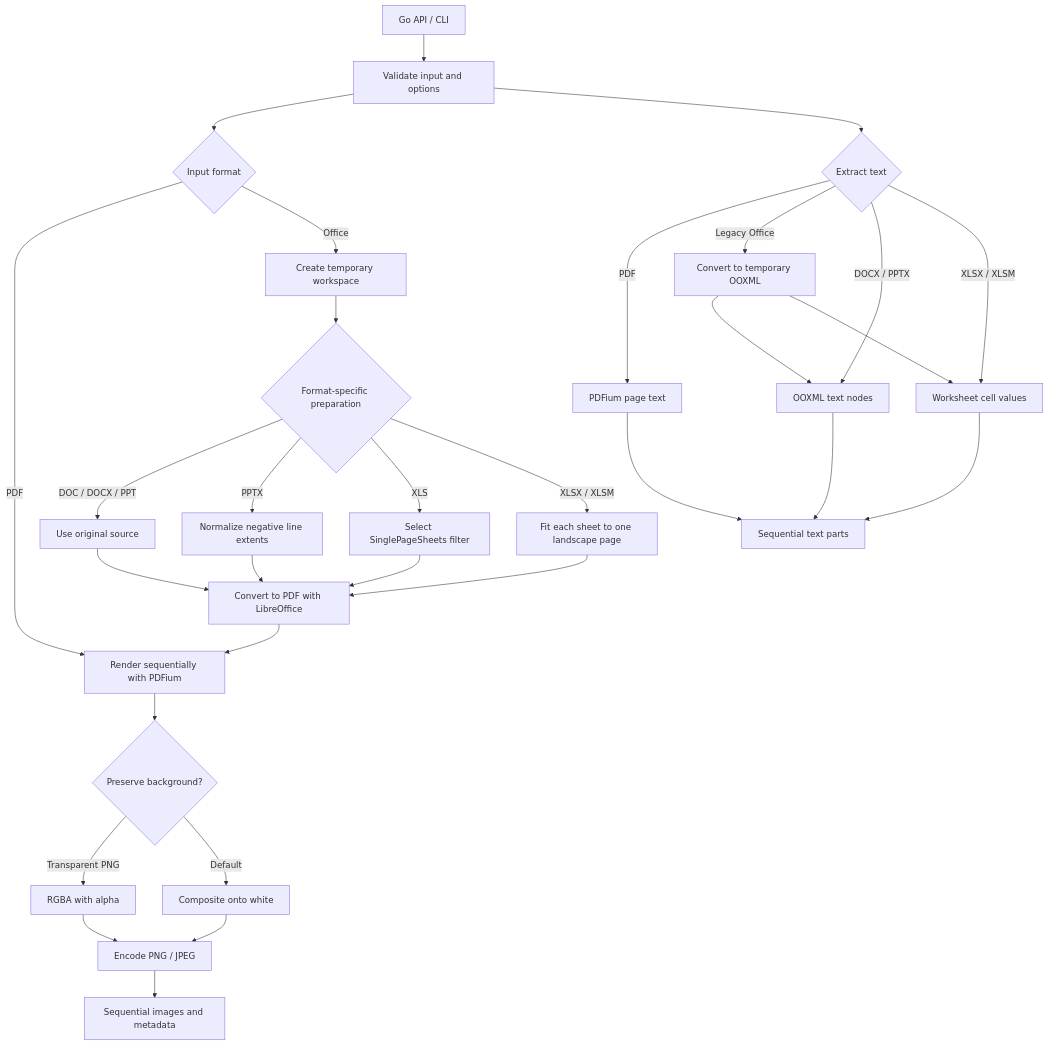
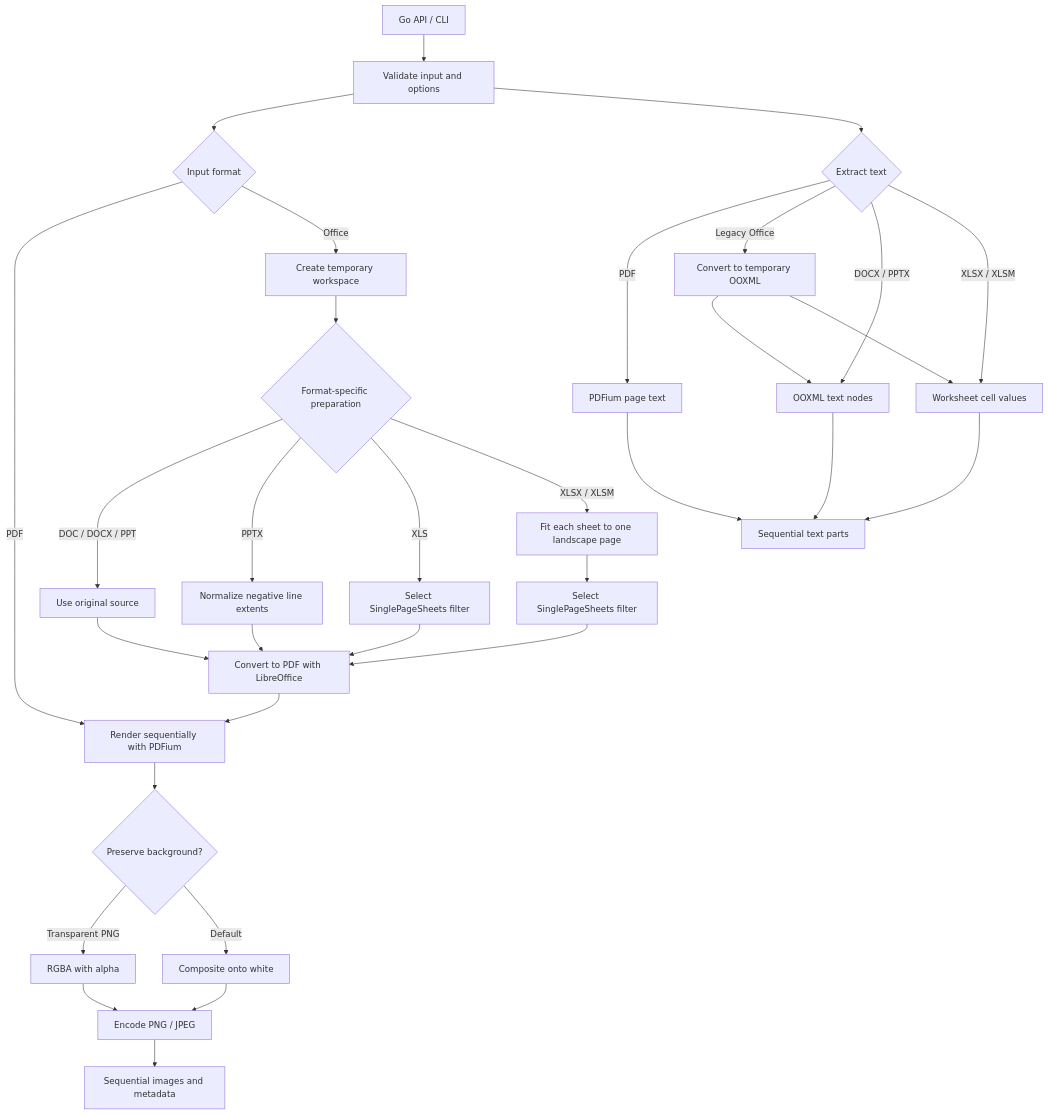
The diagram in DESIGN.md (mochizuki875/document-image-renderer), drawn with Mermaid before and after one commit. The commit also changed other lines of this file and 9 other files, not shown here.

````diff
--- a/DESIGN.md
+++ b/DESIGN.md
@@ -38,33 +38,34 @@
 ```mermaid
 flowchart TD
   caller[Go API / CLI] --> validate[Validate input and options]
   validate --> route{Input format}
   route -->|PDF| rasterize[Render sequentially with PDFium]
   route -->|Office| workspace[Create temporary workspace]
   workspace --> prepare{Format-specific preparation}
   prepare -->|DOC / DOCX / PPT| direct[Use original source]
   prepare -->|PPTX| pptx[Normalize negative line extents]
   prepare -->|XLS| xls[Select SinglePageSheets filter]
   prepare -->|XLSX / XLSM| sheets[Fit each sheet to one landscape page]
   direct --> libreoffice[Convert to PDF with LibreOffice]
   pptx --> libreoffice
   xls --> libreoffice
-  sheets --> libreoffice
+  sheets --> excelFilter[Select SinglePageSheets filter]
+  excelFilter --> libreoffice
   libreoffice --> rasterize
   rasterize --> background{Preserve background?}
   background -->|Transparent PNG| alpha[RGBA with alpha]
   background -->|Default| white[Composite onto white]
   alpha --> encode[Encode PNG / JPEG]
   white --> encode
   encode --> images[Sequential images and metadata]
   validate --> extractRoute{Extract text}
   extractRoute -->|PDF| pdfText[PDFium page text]
   extractRoute -->|Legacy Office| legacyOOXML[Convert to temporary OOXML]
   legacyOOXML --> xmlText
   legacyOOXML --> cellText
   extractRoute -->|DOCX / PPTX| xmlText[OOXML text nodes]
   extractRoute -->|XLSX / XLSM| cellText[Worksheet cell values]
   pdfText --> textParts[Sequential text parts]
   xmlText --> textParts
   cellText --> textParts
 ```
````
